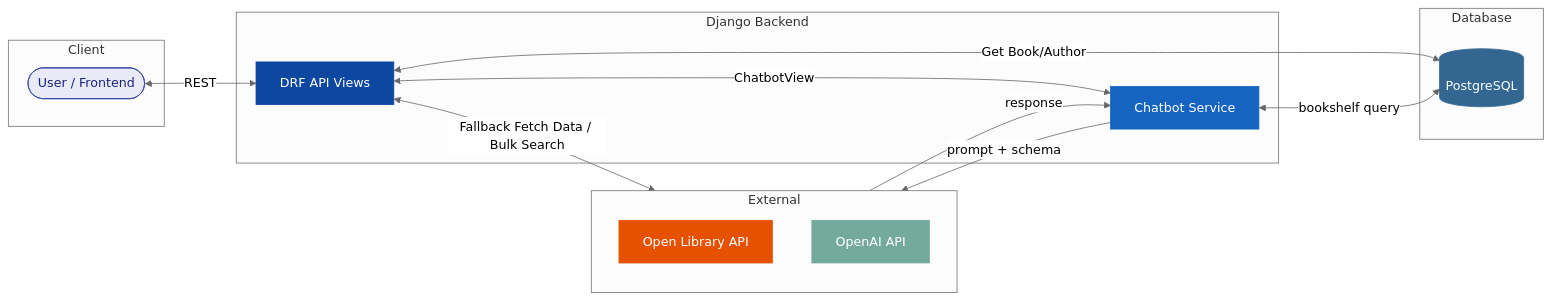
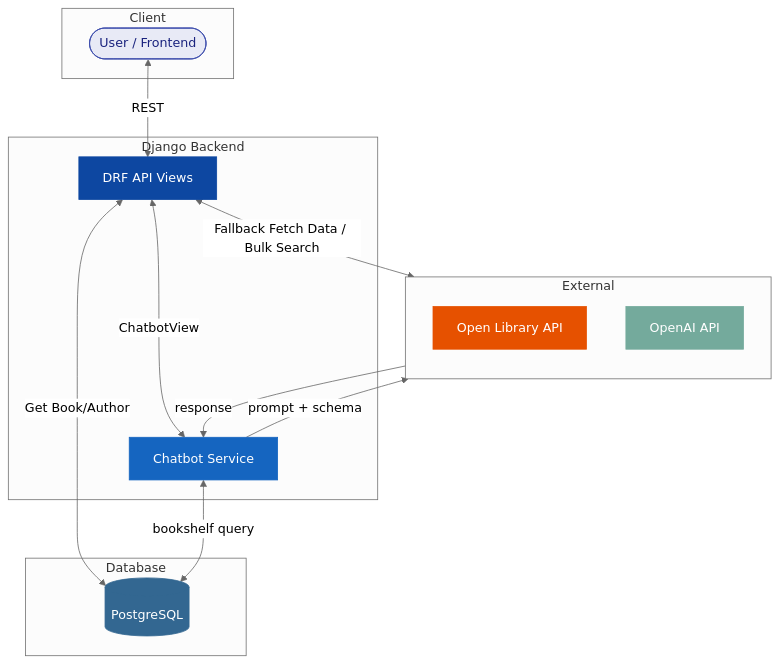
One commit to Jtsoco/rag-book-app changed the second of 2 diagrams in book_rag_backend/docs/internal/diagrams/chatbot_flow.md. Above: the diagram before and after it, drawn with Mermaid (neutral theme). The commit also changed 3 other files, not shown here.

````diff
--- a/book_rag_backend/docs/internal/diagrams/chatbot_flow.md
+++ b/book_rag_backend/docs/internal/diagrams/chatbot_flow.md
@@ -17,34 +17,34 @@
 ```mermaid
-flowchart LR
+flowchart
     subgraph Client
         A([User / Frontend])
     end
     subgraph Django["Django Backend"]
         B[DRF API Views]
         C[Chatbot Service]
 
     end
     subgraph Database
         D[(PostgreSQL)]
     end
     subgraph External
         direction TB
         E[Open Library API]
         F[OpenAI API]
     end
 
     A <-->|REST| B
     B <-->|ChatbotView| C
     B <-->|Get Book/Author| D
     B <-->|Fallback Fetch Data / Bulk Search| E
     C <-->|bookshelf query| D
     C -->|prompt + schema| F
     F -->|response| C
 
     style A fill:#e8eaf6,stroke:#3949ab,color:#1a237e
     style B fill:#0d47a1,color:#fff,stroke:#0d47a1
     style C fill:#1565c0,color:#fff,stroke:#1565c0
     style D fill:#336791,color:#fff,stroke:#336791
     style E fill:#e65100,color:#fff,stroke:#e65100
     style F fill:#74aa9c,color:#fff,stroke:#74aa9c
 ```
````
